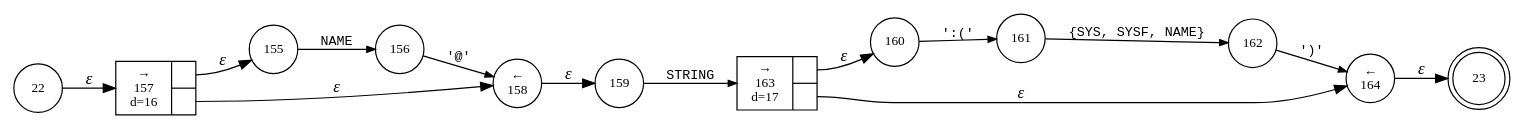
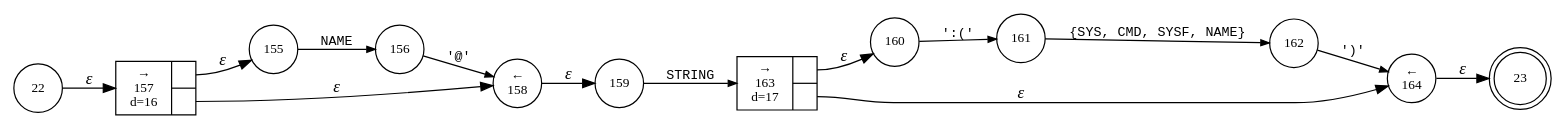
Before and after one commit to vulogov/Bund2: the diagram in internal/parser/Bund.string_term.dot, drawn with Graphviz. The commit also changed 24 other files, not shown here.

```diff
--- a/internal/parser/Bund.string_term.dot
+++ b/internal/parser/Bund.string_term.dot
@@ -1,28 +1,28 @@
 digraph ATN {
 rankdir=LR;
 s23[fontsize=11, label="23", shape=doublecircle, fixedsize=true, width=.6];
 s160[fontsize=11,label="160", shape=circle, fixedsize=true, width=.55, peripheries=1];
 s161[fontsize=11,label="161", shape=circle, fixedsize=true, width=.55, peripheries=1];
 s162[fontsize=11,label="162", shape=circle, fixedsize=true, width=.55, peripheries=1];
 s163[fontsize=11,label="{&rarr;\n163\nd=17|{<p0>|<p1>}}", shape=record, fixedsize=false, peripheries=1];
 s164[fontsize=11,label="&larr;\n164", shape=circle, fixedsize=true, width=.55, peripheries=1];
 s22[fontsize=11,label="22", shape=circle, fixedsize=true, width=.55, peripheries=1];
 s155[fontsize=11,label="155", shape=circle, fixedsize=true, width=.55, peripheries=1];
 s156[fontsize=11,label="156", shape=circle, fixedsize=true, width=.55, peripheries=1];
 s157[fontsize=11,label="{&rarr;\n157\nd=16|{<p0>|<p1>}}", shape=record, fixedsize=false, peripheries=1];
 s158[fontsize=11,label="&larr;\n158", shape=circle, fixedsize=true, width=.55, peripheries=1];
 s159[fontsize=11,label="159", shape=circle, fixedsize=true, width=.55, peripheries=1];
 s22 -> s157 [fontname="Times-Italic", label="&epsilon;"];
 s157:p0 -> s155 [fontname="Times-Italic", label="&epsilon;"];
 s157:p1 -> s158 [fontname="Times-Italic", label="&epsilon;"];
 s155 -> s156 [fontsize=11, fontname="Courier", arrowsize=.7, label = "NAME", arrowhead = normal];
 s158 -> s159 [fontname="Times-Italic", label="&epsilon;"];
 s156 -> s158 [fontsize=11, fontname="Courier", arrowsize=.7, label = "'@'", arrowhead = normal];
 s159 -> s163 [fontsize=11, fontname="Courier", arrowsize=.7, label = "STRING", arrowhead = normal];
 s163:p0 -> s160 [fontname="Times-Italic", label="&epsilon;"];
 s163:p1 -> s164 [fontname="Times-Italic", label="&epsilon;"];
 s160 -> s161 [fontsize=11, fontname="Courier", arrowsize=.7, label = "':('", arrowhead = normal];
 s164 -> s23 [fontname="Times-Italic", label="&epsilon;"];
-s161 -> s162 [fontsize=11, fontname="Courier", arrowsize=.7, label = "{SYS, SYSF, NAME}", arrowhead = normal];
+s161 -> s162 [fontsize=11, fontname="Courier", arrowsize=.7, label = "{SYS, CMD, SYSF, NAME}", arrowhead = normal];
 s162 -> s164 [fontsize=11, fontname="Courier", arrowsize=.7, label = "')'", arrowhead = normal];
 }
```
